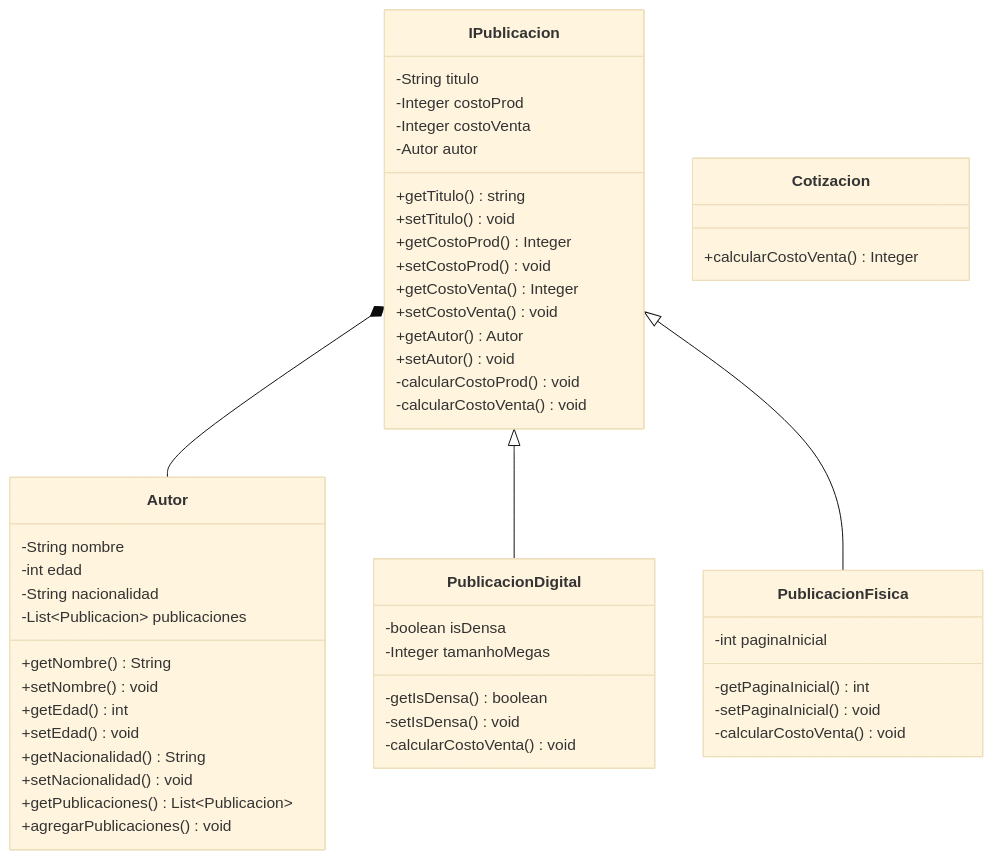
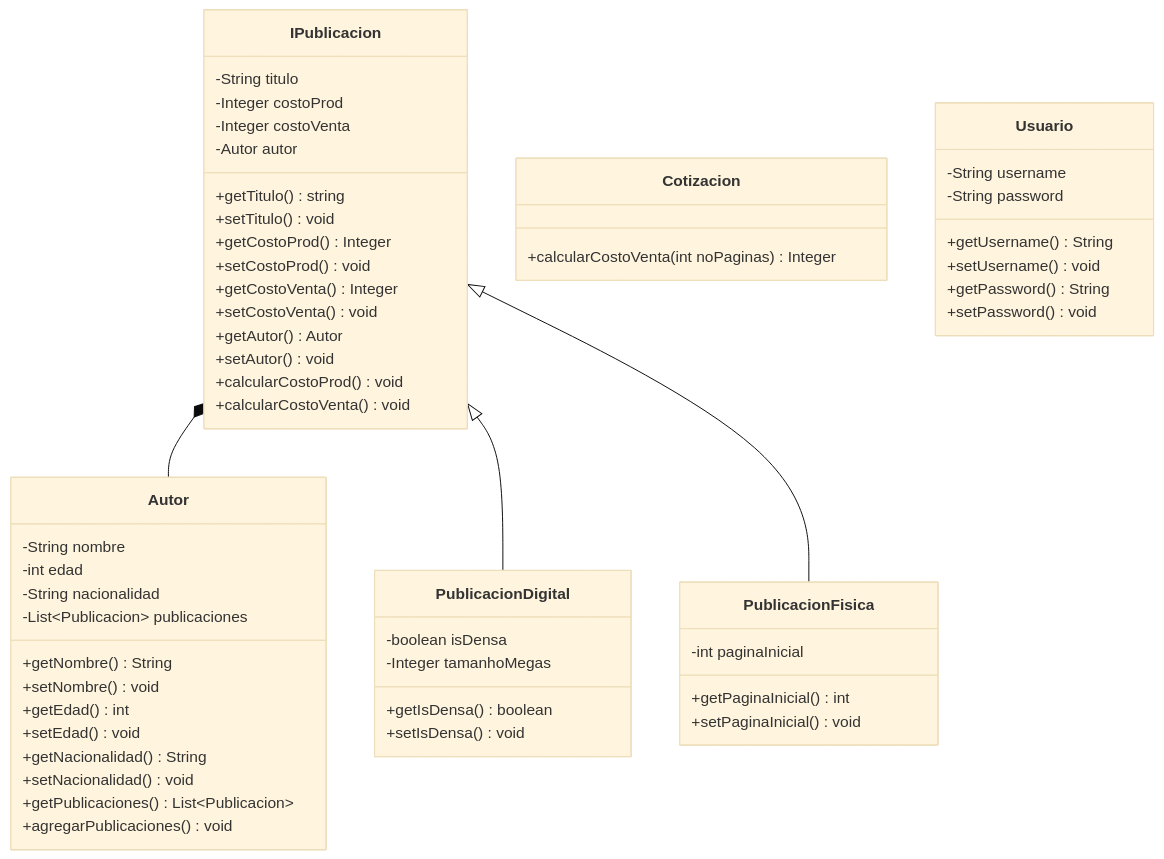
Before and after one commit to SilverFlin/U3_PruebasSoftware: the diagram in 02_Design/DiagramaClases.md, drawn with Mermaid (base theme).

Commit message:
docs: diagrama clases

````diff
--- a/02_Design/DiagramaClases.md
+++ b/02_Design/DiagramaClases.md
@@ -3,61 +3,68 @@
 ```mermaid
 classDiagram
 
     IPublicacion *-- Autor
     IPublicacion <|-- PublicacionDigital
     IPublicacion <|-- PublicacionFisica
 
     class Autor
     Autor : -String nombre
     Autor : -int edad
     Autor : -String nacionalidad
     Autor : -List~Publicacion~ publicaciones
 
     Autor : +getNombre() String
     Autor : +setNombre() void
     Autor : +getEdad() int
     Autor : +setEdad() void
     Autor : +getNacionalidad() String
     Autor : +setNacionalidad() void
     Autor : +getPublicaciones() List~Publicacion~
 
     Autor : +agregarPublicaciones() void
 
 
     class IPublicacion
     IPublicacion : -String titulo
     IPublicacion : -Integer costoProd
     IPublicacion : -Integer costoVenta
     IPublicacion : -Autor autor
 
     IPublicacion : +getTitulo() string
     IPublicacion : +setTitulo() void
     IPublicacion : +getCostoProd() Integer
     IPublicacion : +setCostoProd() void
     IPublicacion : +getCostoVenta() Integer
     IPublicacion : +setCostoVenta() void
     IPublicacion : +getAutor() Autor
     IPublicacion : +setAutor() void
 
-    IPublicacion : -calcularCostoProd() void
-    IPublicacion : -calcularCostoVenta() void
+    IPublicacion : +calcularCostoProd() void
+    IPublicacion : +calcularCostoVenta() void
 
     class PublicacionFisica
     PublicacionFisica : -int paginaInicial
 
-    PublicacionFisica : -getPaginaInicial() int
-    PublicacionFisica : -setPaginaInicial() void
-    PublicacionFisica : -calcularCostoVenta() void
+    PublicacionFisica : +getPaginaInicial() int
+    PublicacionFisica : +setPaginaInicial() void
 
     class PublicacionDigital
     PublicacionDigital : -boolean isDensa
     PublicacionDigital : -Integer tamanhoMegas
     
-    PublicacionDigital : -getIsDensa() boolean
-    PublicacionDigital : -setIsDensa() void
-    PublicacionDigital : -calcularCostoVenta() void
+    PublicacionDigital : +getIsDensa() boolean
+    PublicacionDigital : +setIsDensa() void
 
 
     class Cotizacion
-    Cotizacion : +calcularCostoVenta() Integer
+    Cotizacion : +calcularCostoVenta(int noPaginas) Integer
+
+    class Usuario
+    Usuario : -String username
+    Usuario : -String password
+
+    Usuario : +getUsername() String
+    Usuario : +setUsername() void
+    Usuario : +getPassword() String
+    Usuario : +setPassword() void
 ```
````
